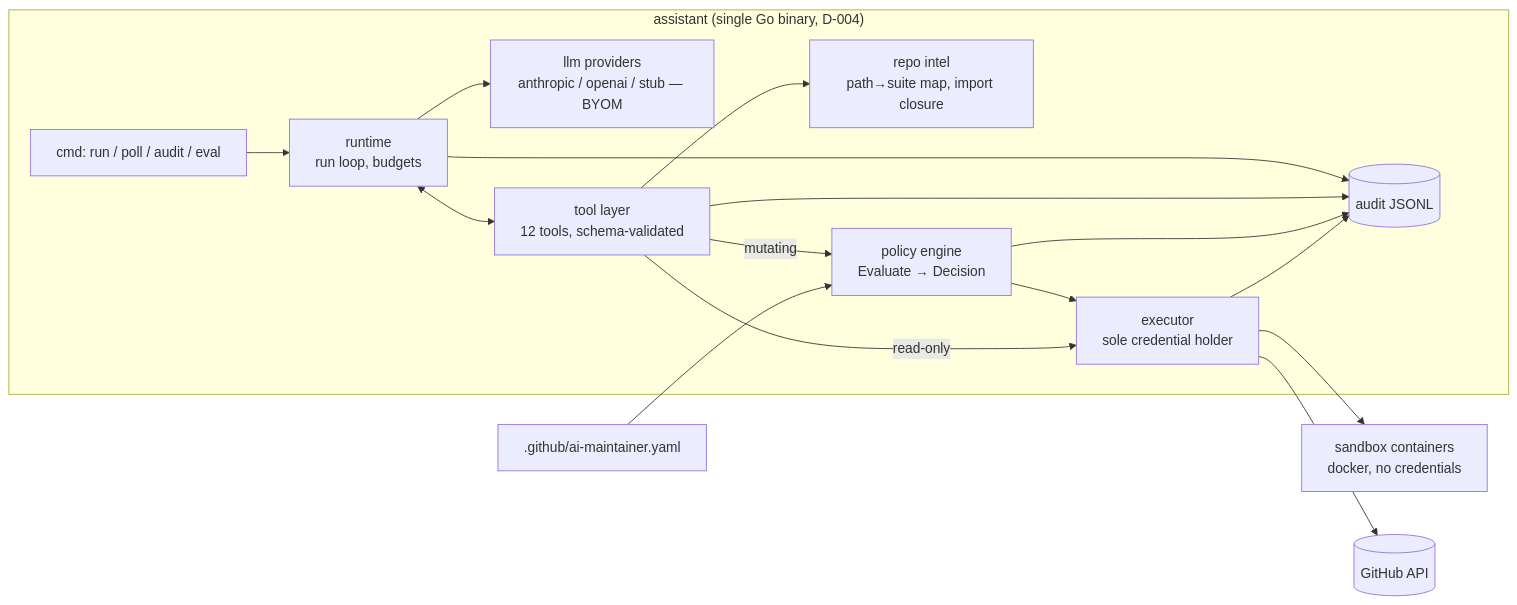
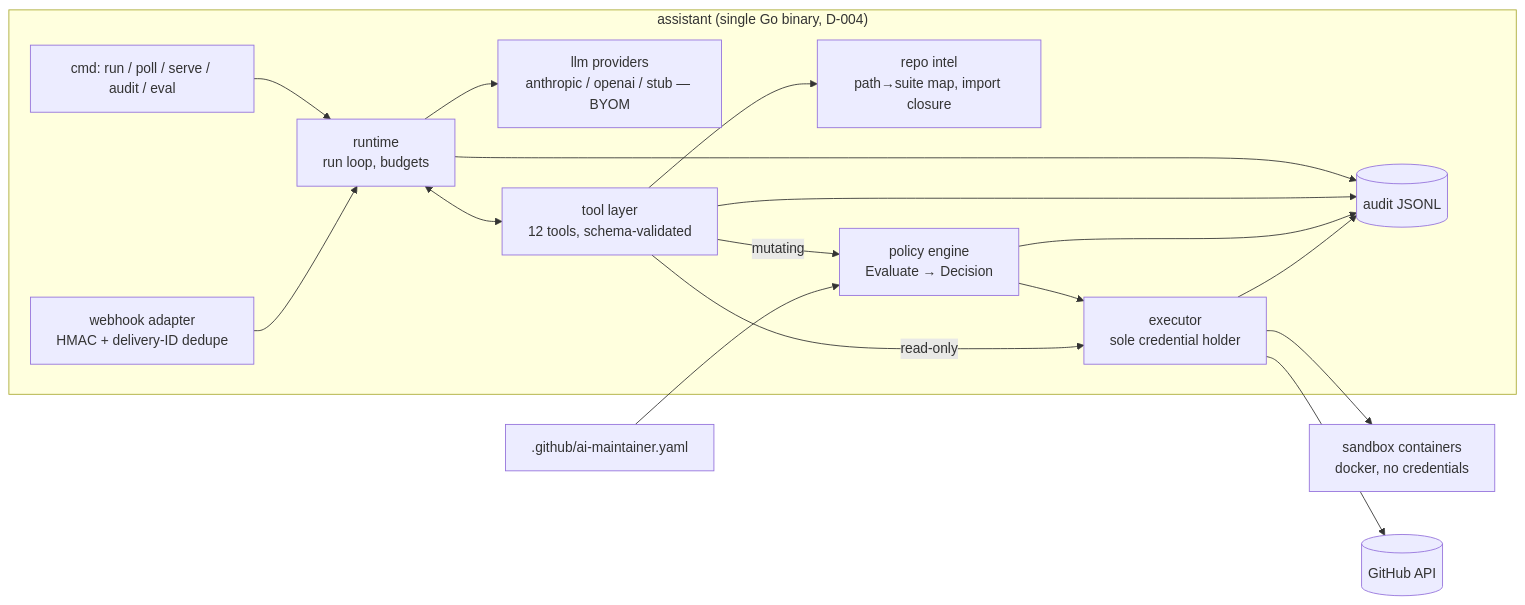
Before and after one commit to amartyatatspandey/kyverno-ai-maintainer: the first of 2 diagrams in docs/ARCHITECTURE.md, drawn with Mermaid. The commit also changed other lines of this file and 7 other files, not shown here.

````diff
--- a/docs/ARCHITECTURE.md
+++ b/docs/ARCHITECTURE.md
@@ -7,25 +7,27 @@
 ```mermaid
 flowchart LR
     subgraph HOST["assistant (single Go binary, D-004)"]
-        CLI[cmd: run / poll / audit / eval]
+        CLI[cmd: run / poll / serve / audit / eval]
+        WH[webhook adapter<br/>HMAC + delivery-ID dedupe]
         RT[runtime<br/>run loop, budgets]
         LLMP[llm providers<br/>anthropic / openai / stub — BYOM]
         TOOLS[tool layer<br/>12 tools, schema-validated]
         INTEL[repo intel<br/>path→suite map, import closure]
         POL[policy engine<br/>Evaluate → Decision]
         EXEC[executor<br/>sole credential holder]
         AUD[(audit JSONL)]
     end
     SBX[sandbox containers<br/>docker, no credentials]
     GH[(GitHub API)]
     CFG[.github/ai-maintainer.yaml]
 
     CLI --> RT --> LLMP
+    WH --> RT
     RT <--> TOOLS
     TOOLS --> INTEL
     TOOLS -- mutating --> POL --> EXEC --> GH
     TOOLS -- read-only --> EXEC
     EXEC --> SBX
     CFG --> POL
     RT & TOOLS & POL & EXEC --> AUD
 ```
````
